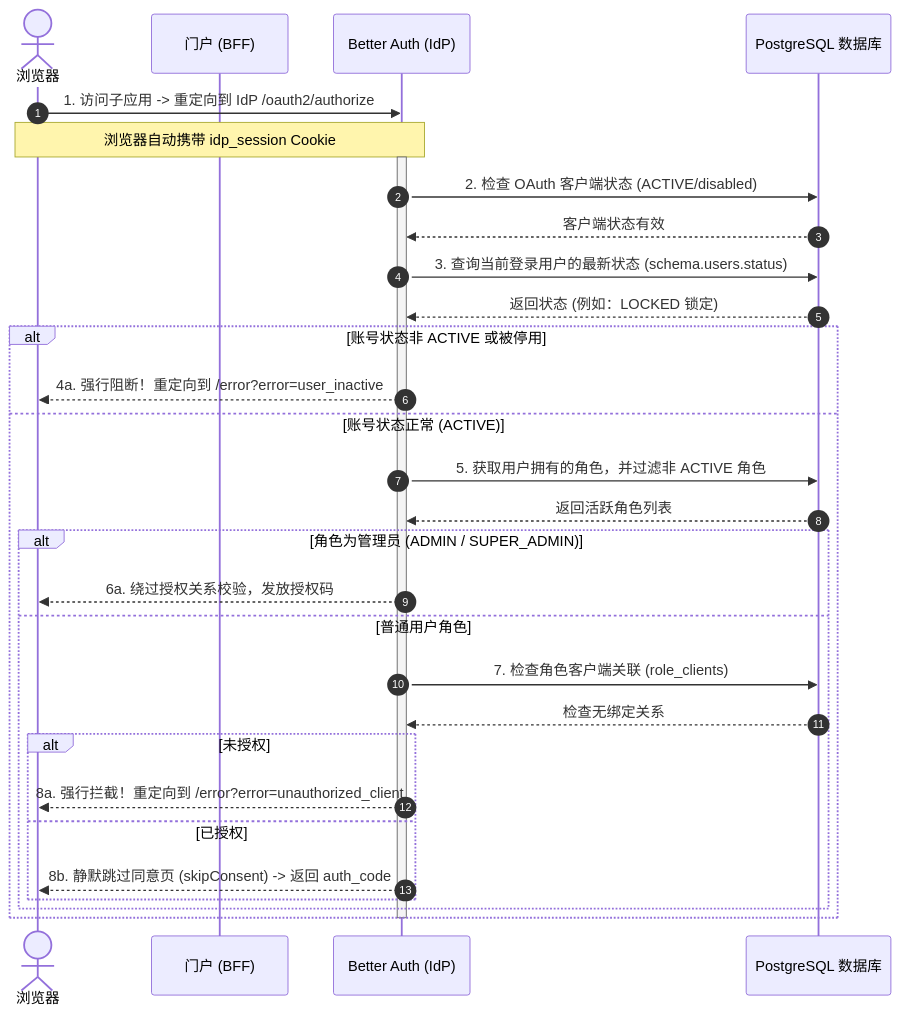
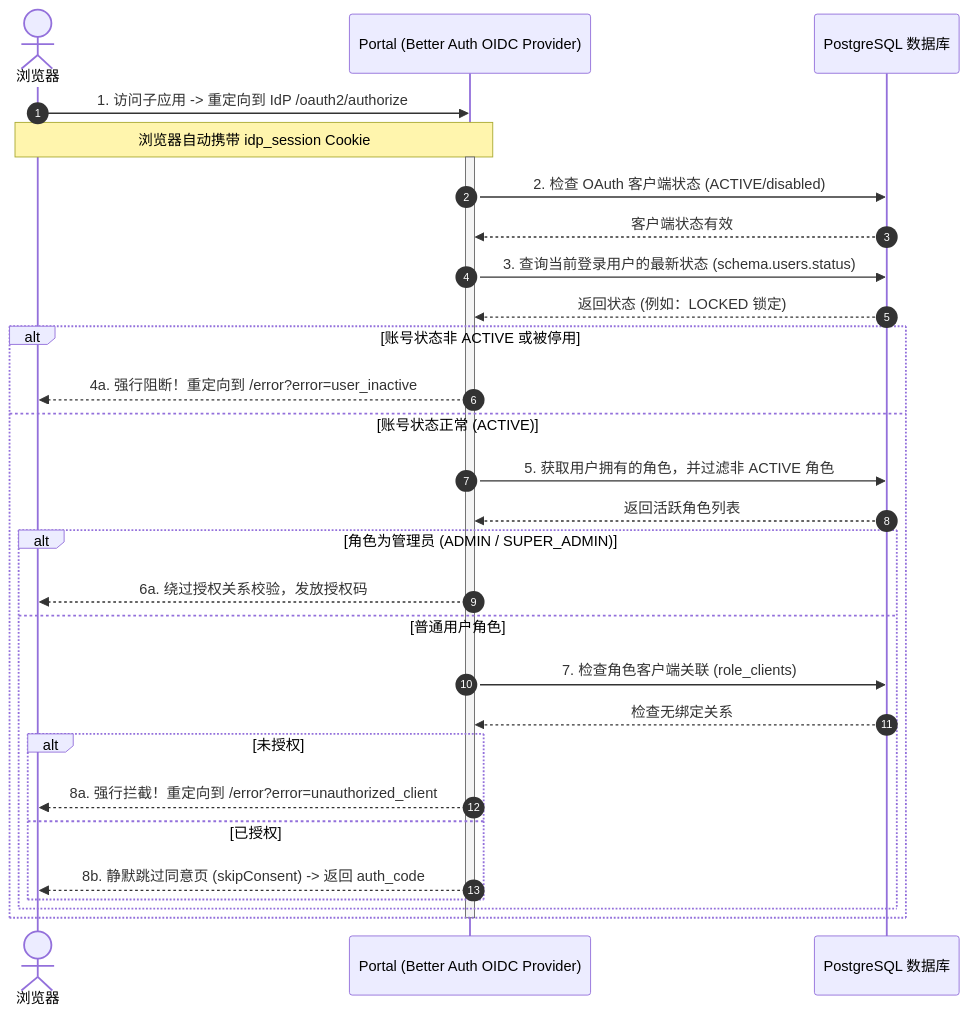
One commit to anjing0524/auth-sso changed the first of 2 diagrams in DESIGN.md. Above: the diagram before and after it, drawn with Mermaid. The commit also changed 53 other files, not shown here.

First line of the commit message:
refactor: consolidate IDP into Portal, update docs and tests

````diff
--- a/DESIGN.md
+++ b/DESIGN.md
@@ -423,34 +423,34 @@
 ```mermaid
 sequenceDiagram
     autonumber
     actor Browser as 浏览器
     participant Portal as 门户 (BFF)
-    participant IDP as Better Auth (IdP)
+    participant Portal as Portal (Better Auth OIDC Provider)
     participant DB as PostgreSQL 数据库
 
-    Browser->>IDP: 1. 访问子应用 -> 重定向到 IdP /oauth2/authorize
-    Note over Browser,IDP: 浏览器自动携带 idp_session Cookie
-    activate IDP
-    IDP->>DB: 2. 检查 OAuth 客户端状态 (ACTIVE/disabled)
-    DB-->>IDP: 客户端状态有效
-    IDP->>DB: 3. 查询当前登录用户的最新状态 (schema.users.status)
-    DB-->>IDP: 返回状态 (例如：LOCKED 锁定)
+    Browser->>Portal: 1. 访问子应用 -> 重定向到 IdP /oauth2/authorize
+    Note over Browser,Portal: 浏览器自动携带 idp_session Cookie
+    activate Portal
+    Portal->>DB: 2. 检查 OAuth 客户端状态 (ACTIVE/disabled)
+    DB-->>Portal: 客户端状态有效
+    Portal->>DB: 3. 查询当前登录用户的最新状态 (schema.users.status)
+    DB-->>Portal: 返回状态 (例如：LOCKED 锁定)
     alt 账号状态非 ACTIVE 或被停用
-        IDP-->>Browser: 4a. 强行阻断！重定向到 /error?error=user_inactive
+        Portal-->>Browser: 4a. 强行阻断！重定向到 /error?error=user_inactive
     else 账号状态正常 (ACTIVE)
-        IDP->>DB: 5. 获取用户拥有的角色，并过滤非 ACTIVE 角色
-        DB-->>IDP: 返回活跃角色列表
+        Portal->>DB: 5. 获取用户拥有的角色，并过滤非 ACTIVE 角色
+        DB-->>Portal: 返回活跃角色列表
         alt 角色为管理员 (ADMIN / SUPER_ADMIN)
-            IDP-->>Browser: 6a. 绕过授权关系校验，发放授权码
+            Portal-->>Browser: 6a. 绕过授权关系校验，发放授权码
         else 普通用户角色
-            IDP->>DB: 7. 检查角色客户端关联 (role_clients)
-            DB-->>IDP: 检查无绑定关系
+            Portal->>DB: 7. 检查角色客户端关联 (role_clients)
+            DB-->>Portal: 检查无绑定关系
             alt 未授权
-                IDP-->>Browser: 8a. 强行拦截！重定向到 /error?error=unauthorized_client
+                Portal-->>Browser: 8a. 强行拦截！重定向到 /error?error=unauthorized_client
             else 已授权
-                IDP-->>Browser: 8b. 静默跳过同意页 (skipConsent) -> 返回 auth_code
+                Portal-->>Browser: 8b. 静默跳过同意页 (skipConsent) -> 返回 auth_code
             end
         end
     end
-    deactivate IDP
+    deactivate Portal
 ```
````
